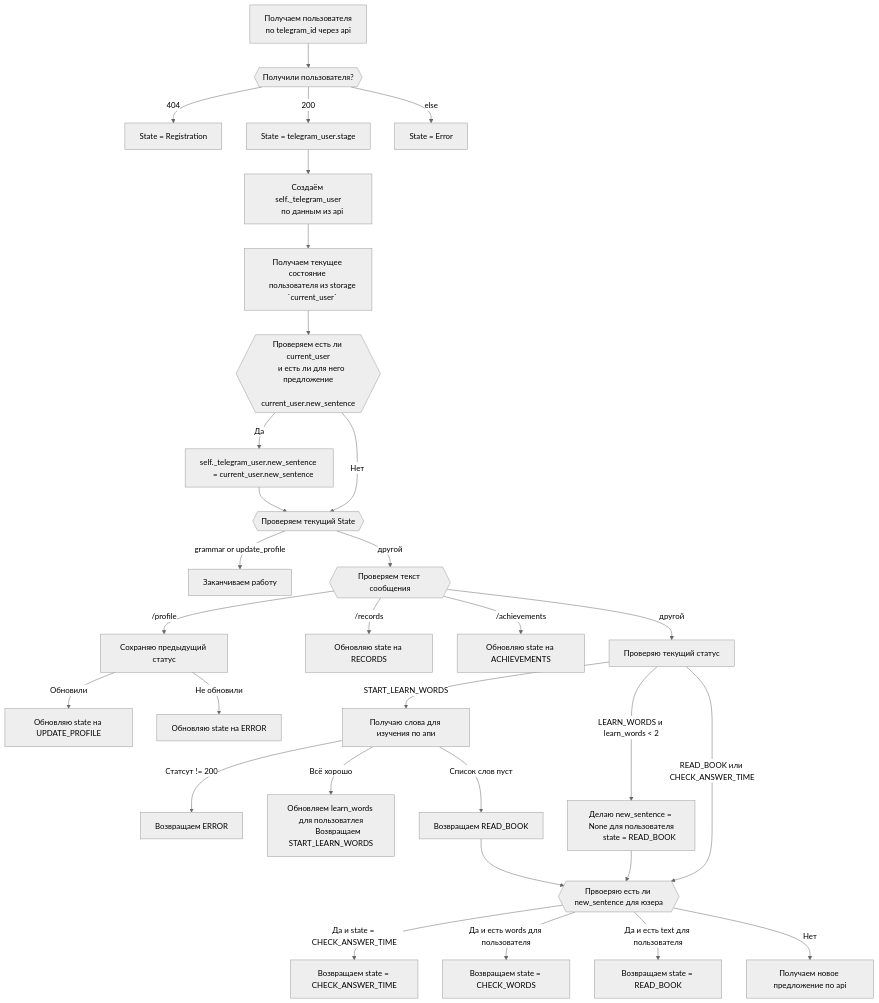
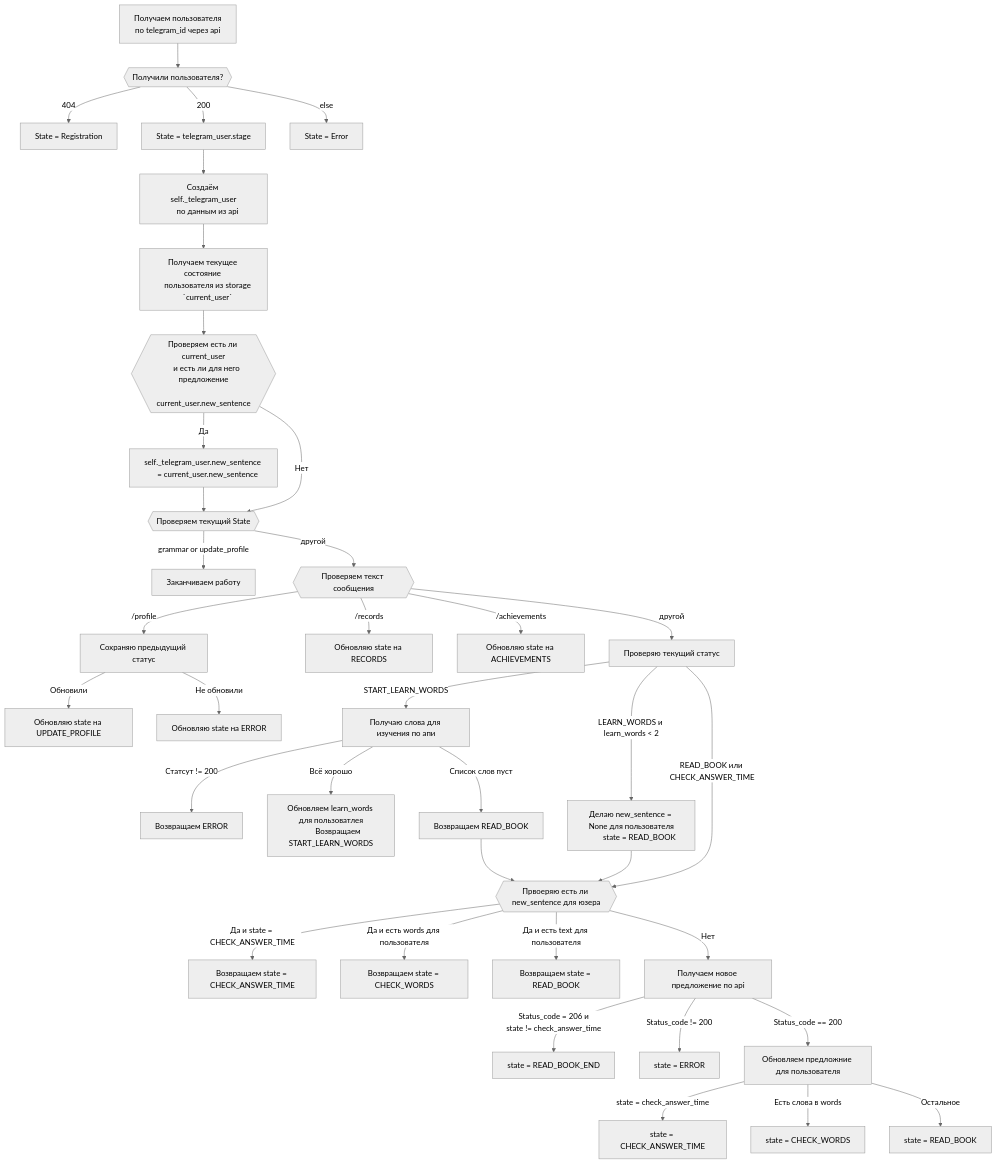
Before and after one commit to psgaiduk/learning_en_telegram_bot: the diagram in documentation/middlewears_set_state.md, drawn with Mermaid (neutral theme).

Commit message:
documentation(bot): add structure after get sentence

````diff
--- a/documentation/middlewears_set_state.md
+++ b/documentation/middlewears_set_state.md
@@ -78,6 +78,23 @@
     check_new_sentence --> |Нет| get_new_sentence_by_api[
         Получаем новое предложение по api
     ]
-    
-
+    get_new_sentence_by_api --> |Status_code = 206 и
+    state != check_answer_time| return_read_book_end_after_get_sentence[
+        state = READ_BOOK_END
+    ]
+    get_new_sentence_by_api --> |Status_code != 200| return_error_after_get_sentence[
+        state = ERROR
+    ]
+    get_new_sentence_by_api --> |Status_code == 200| update_sentence_for_user[
+        Обновляем предложние для пользователя
+    ]
+    update_sentence_for_user --> |state = check_answer_time| return_check_answer_time_after_get_sentence[
+        state = CHECK_ANSWER_TIME
+    ]
+    update_sentence_for_user --> |Есть слова в words| return_check_words_after_get_sentence[
+        state = CHECK_WORDS
+    ]
+    update_sentence_for_user --> |Остальное| return_read_book_get_sentence[
+        state = READ_BOOK
+    ]
 ```
````
